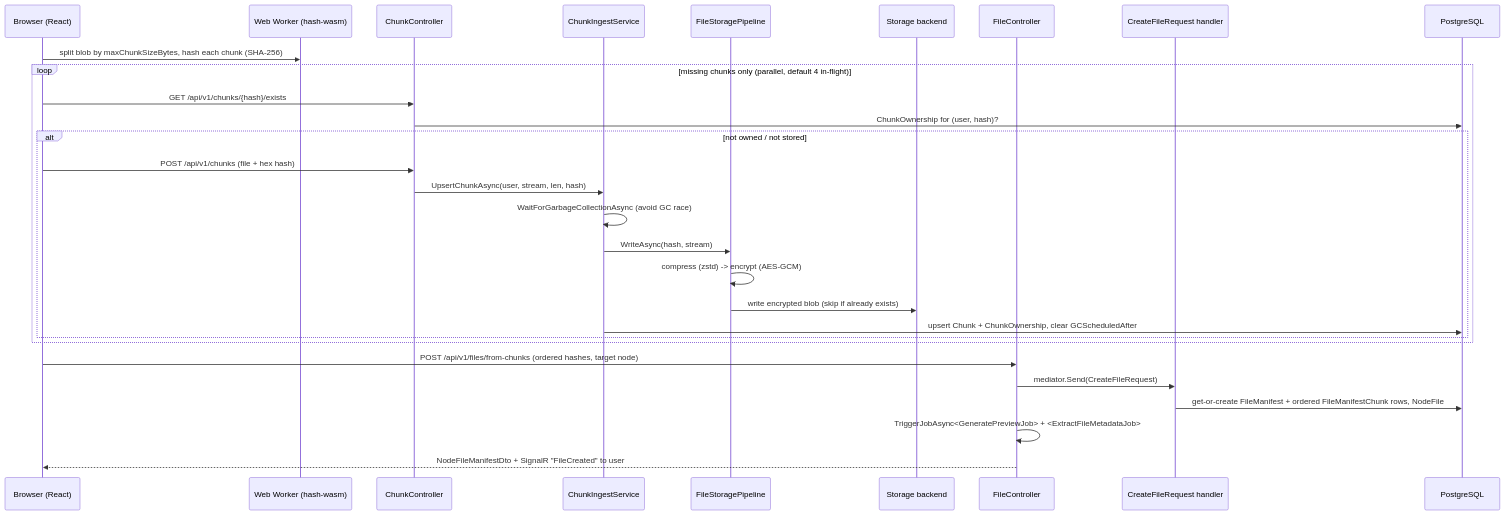
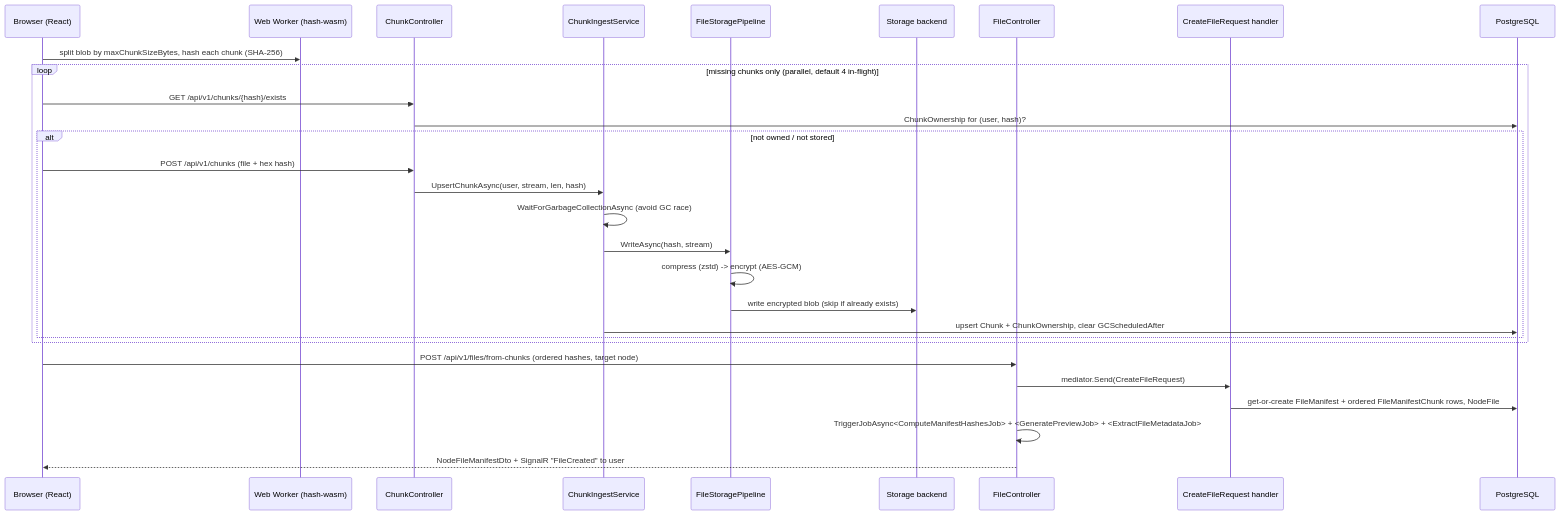
The third of 4 diagrams in docs/technical/01-system-overview.md (bvdcode/cotton), drawn with Mermaid before and after one commit. The commit also changed 2 other files, not shown here.

Commit message:
docs: restore eager content job triggers

````diff
--- a/docs/technical/01-system-overview.md
+++ b/docs/technical/01-system-overview.md
@@ -167,32 +167,32 @@
 ```mermaid
 sequenceDiagram
     participant U as Browser (React)
     participant W as Web Worker (hash-wasm)
     participant CC as ChunkController
     participant CI as ChunkIngestService
     participant P as FileStoragePipeline
     participant B as Storage backend
     participant FC as FileController
     participant M as CreateFileRequest handler
     participant DB as PostgreSQL
 
     U->>W: split blob by maxChunkSizeBytes, hash each chunk (SHA-256)
     loop missing chunks only (parallel, default 4 in-flight)
         U->>CC: GET /api/v1/chunks/{hash}/exists
         CC->>DB: ChunkOwnership for (user, hash)?
         alt not owned / not stored
             U->>CC: POST /api/v1/chunks (file + hex hash)
             CC->>CI: UpsertChunkAsync(user, stream, len, hash)
             CI->>CI: WaitForGarbageCollectionAsync (avoid GC race)
             CI->>P: WriteAsync(hash, stream)
             P->>P: compress (zstd) -> encrypt (AES-GCM)
             P->>B: write encrypted blob (skip if already exists)
             CI->>DB: upsert Chunk + ChunkOwnership, clear GCScheduledAfter
         end
     end
     U->>FC: POST /api/v1/files/from-chunks (ordered hashes, target node)
     FC->>M: mediator.Send(CreateFileRequest)
     M->>DB: get-or-create FileManifest + ordered FileManifestChunk rows, NodeFile
-    FC->>FC: TriggerJobAsync<GeneratePreviewJob> + <ExtractFileMetadataJob>
+    FC->>FC: TriggerJobAsync<ComputeManifestHashesJob> + <GeneratePreviewJob> + <ExtractFileMetadataJob>
     FC-->>U: NodeFileManifestDto + SignalR "FileCreated" to user
 ```
````
